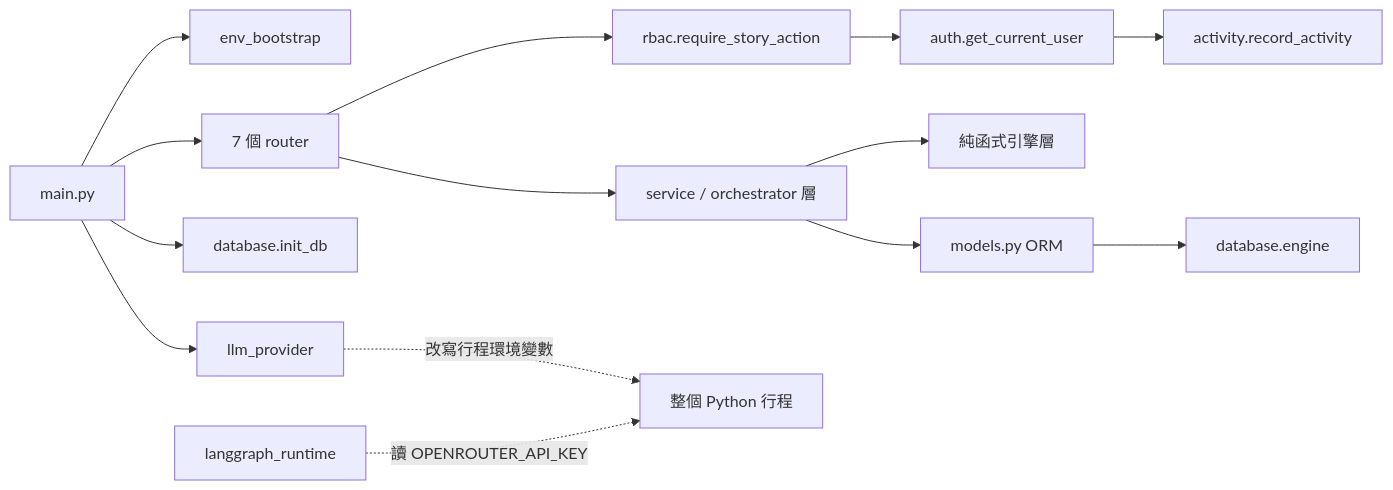
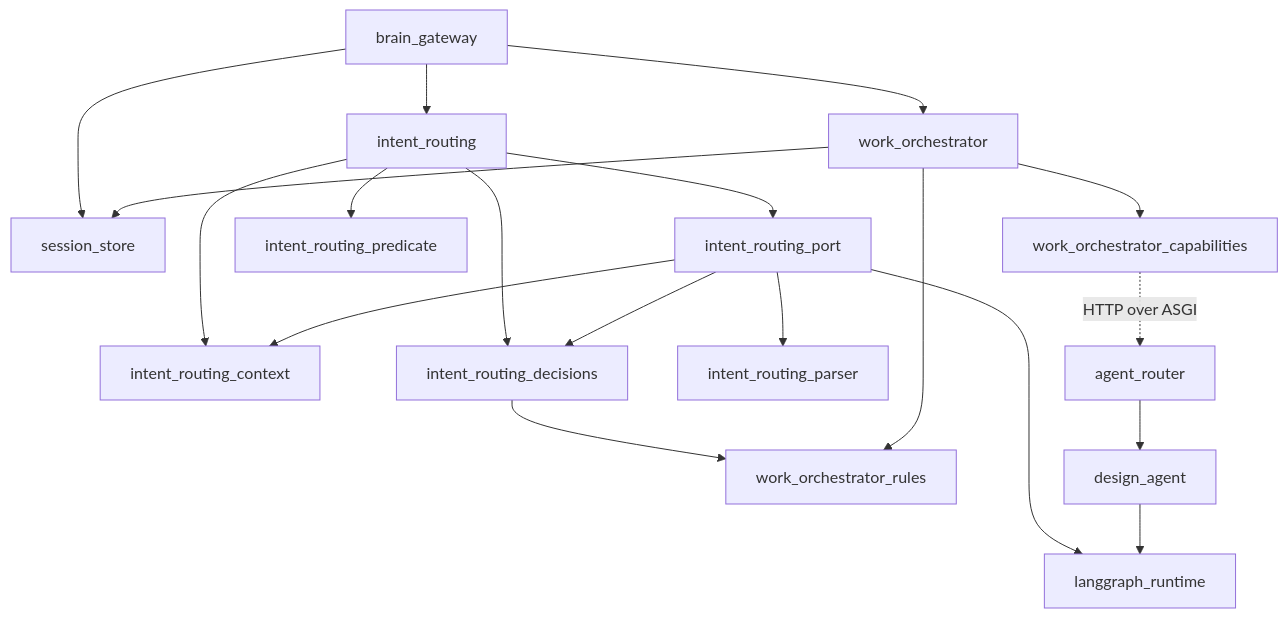
One commit to opendiamonds/cloud-360 changed the diagram in aidlc/spaces/default/codekb/cloud-360/dependencies.md. Above: the diagram before and after it, drawn with Mermaid. The commit also changed other lines of this file and 44 other files, not shown here.

````diff
--- a/aidlc/spaces/default/codekb/cloud-360/dependencies.md
+++ b/aidlc/spaces/default/codekb/cloud-360/dependencies.md
@@ -48,16 +17,21 @@
 ```mermaid
-graph LR
-    MAIN["main.py"] --> ENVB["env_bootstrap"]
-    MAIN --> LP["llm_provider"]
-    MAIN --> DBI["database.init_db"]
-    MAIN --> R["7 個 router"]
-    R --> RBAC["rbac.require_story_action"]
-    RBAC --> AUTH["auth.get_current_user"]
-    AUTH --> ACT["activity.record_activity"]
-    R --> SVC["service / orchestrator 層"]
-    SVC --> ENG["純函式引擎層"]
-    SVC --> MODELS["models.py ORM"]
-    MODELS --> DBE["database.engine"]
-    LP -.->|"改寫行程環境變數"| PROC["整個 Python 行程"]
-    LGR["langgraph_runtime"] -.->|"讀 OPENROUTER_API_KEY"| PROC
+flowchart TD
+  GW["brain_gateway"] --> IR["intent_routing"]
+  GW --> WO["work_orchestrator"]
+  GW --> SS["session_store"]
+  IR --> PORT["intent_routing_port"]
+  IR --> CTX["intent_routing_context"]
+  IR --> DEC["intent_routing_decisions"]
+  IR --> PRED["intent_routing_predicate"]
+  PORT --> DEC
+  PORT --> CTX
+  PORT --> PARSER["intent_routing_parser"]
+  PORT --> RT["langgraph_runtime"]
+  DEC --> RULES["work_orchestrator_rules"]
+  WO --> RULES
+  WO --> CAP["work_orchestrator_capabilities"]
+  WO --> SS
+  CAP -. "HTTP over ASGI" .-> AR["agent_router"]
+  AR --> DA["design_agent"]
+  DA --> RT
 ```
````
